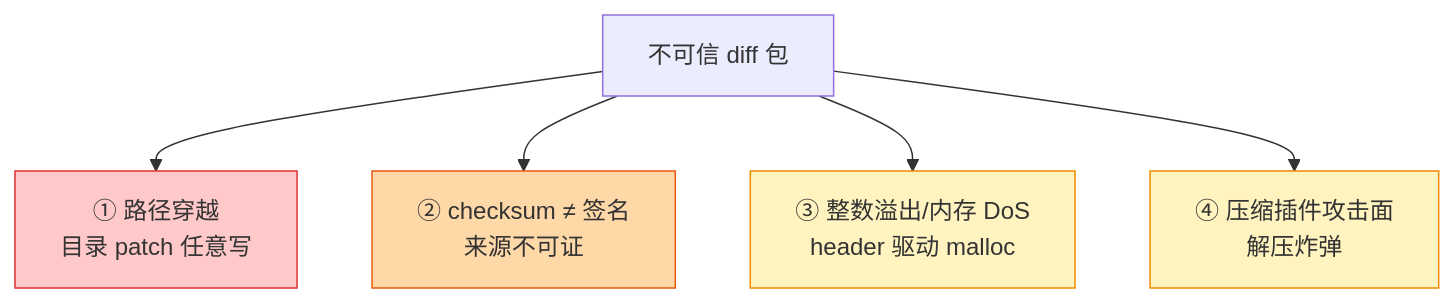
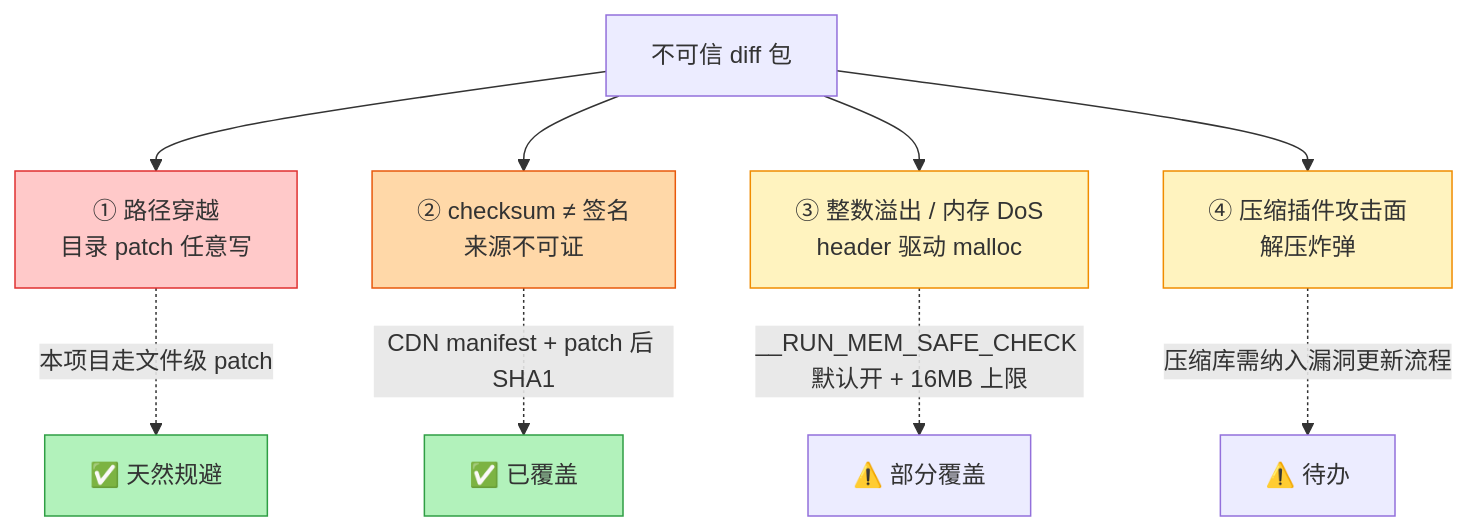
Before and after one commit to fankidark/tech-site: the diagram in docs/hot-update/hdiff-security.md, drawn with Mermaid. The commit also changed other lines of this file and 14 other files, not shown here.

First line of the commit message:
hot-update: 差分系列 10 篇图文改造 + 3 个新组件

````diff
--- a/docs/hot-update/hdiff-security.md
+++ b/docs/hot-update/hdiff-security.md
@@ -8,12 +36,19 @@
 ```mermaid
 flowchart TB
     A["不可信 diff 包"] --> R1["① 路径穿越<br/>目录 patch 任意写"]
     A --> R2["② checksum ≠ 签名<br/>来源不可证"]
-    A --> R3["③ 整数溢出/内存 DoS<br/>header 驱动 malloc"]
+    A --> R3["③ 整数溢出 / 内存 DoS<br/>header 驱动 malloc"]
     A --> R4["④ 压缩插件攻击面<br/>解压炸弹"]
+
+    R1 -.->|"本项目走文件级 patch"| OK1["✅ 天然规避"]
+    R2 -.->|"CDN manifest + patch 后 SHA1"| OK2["✅ 已覆盖"]
+    R3 -.->|"__RUN_MEM_SAFE_CHECK 默认开 + 16MB 上限"| OK3["⚠️ 部分覆盖"]
+    R4 -.->|"压缩库需纳入漏洞更新流程"| OK4["⚠️ 待办"]
 
     style R1 fill:#ffc9c9,stroke:#e03131
     style R2 fill:#ffd8a8,stroke:#e8590c
     style R3 fill:#fff3bf,stroke:#f08c00
     style R4 fill:#fff3bf,stroke:#f08c00
+    style OK1 fill:#b2f2bb,stroke:#2f9e44
+    style OK2 fill:#b2f2bb,stroke:#2f9e44
 ```
````
